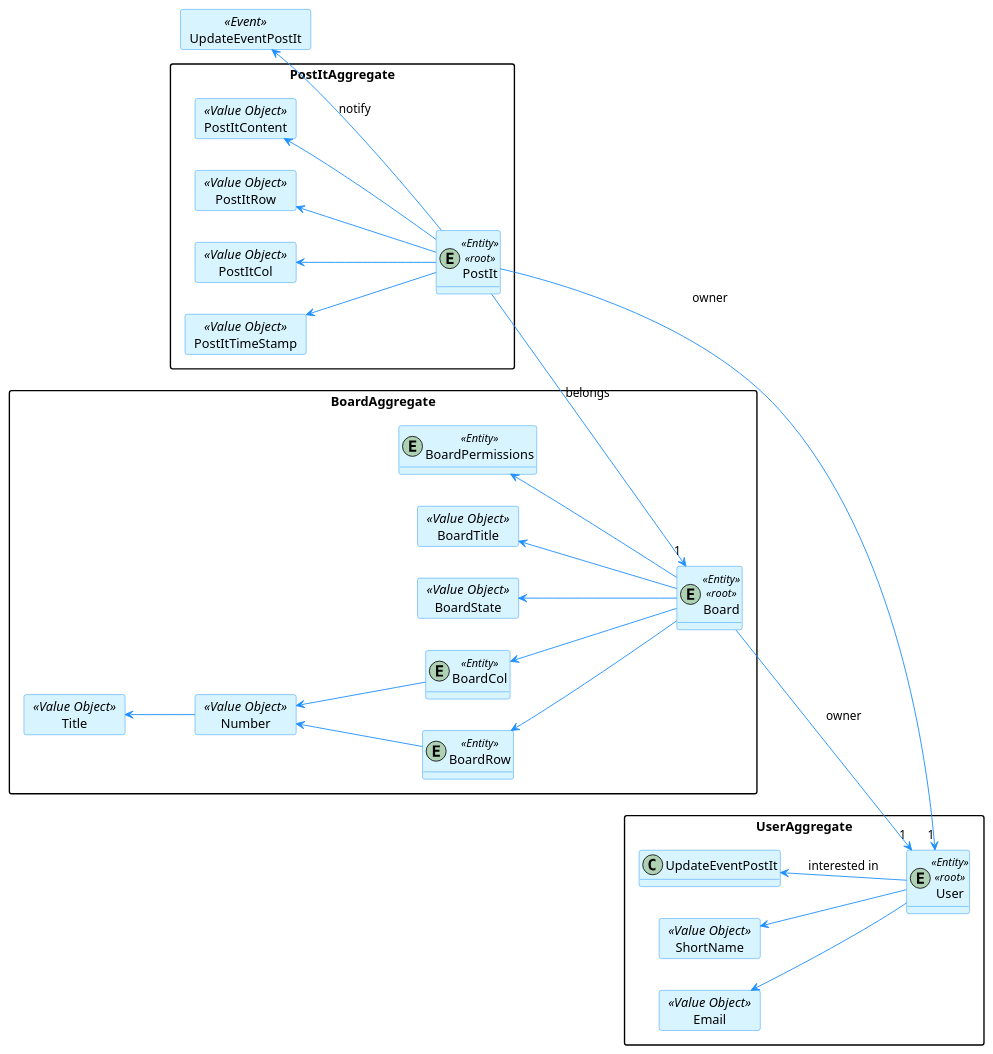
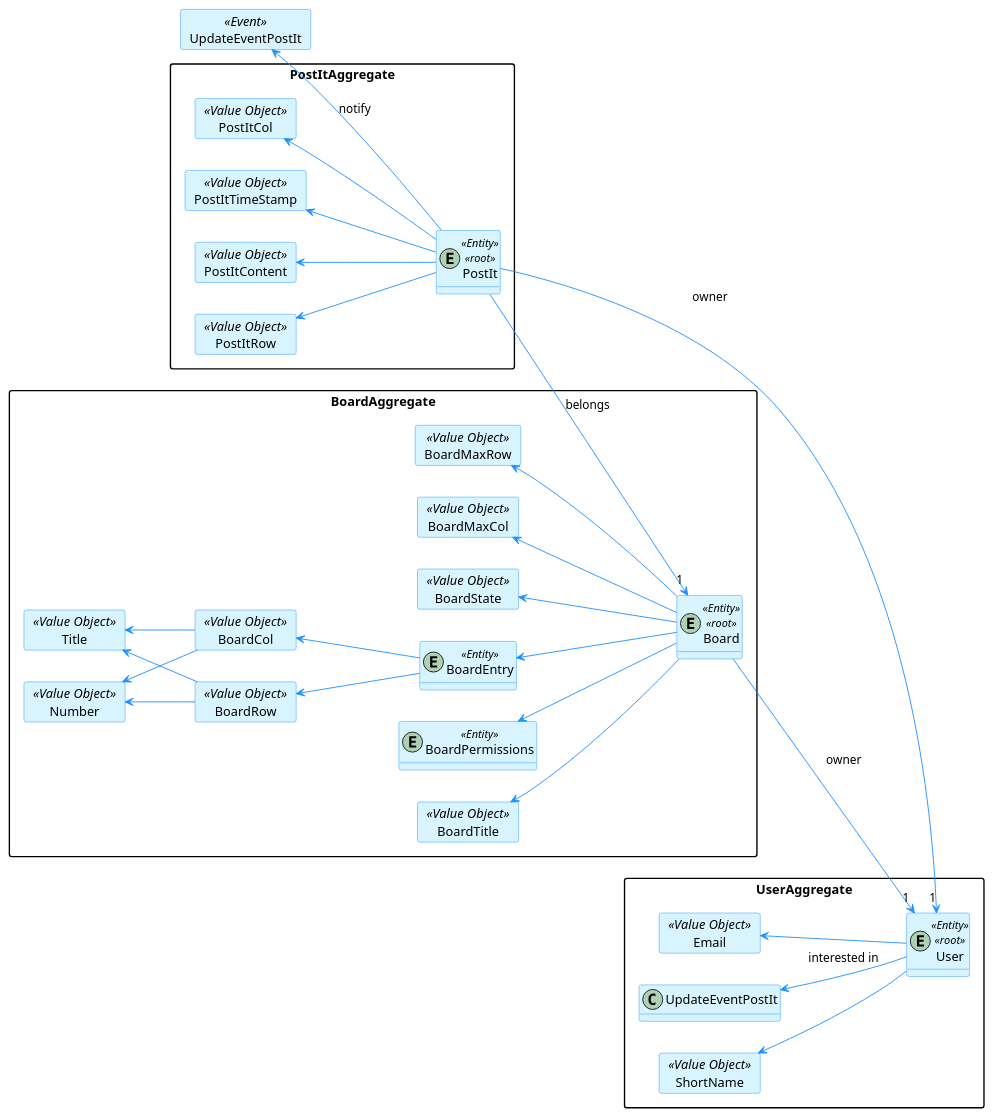
One commit to brunacosta03/sem4pi_22_23 changed the diagram in docs/1201205/DomainModel.puml. Above: the diagram before and after it, drawn with PlantUML. The commit also changed 19 other files, not shown here.

```diff
--- a/docs/1201205/DomainModel.puml
+++ b/docs/1201205/DomainModel.puml
@@ -1,117 +1,130 @@
 @startuml "Shared Boards"
 left to right direction
 
 hide methods
 
 skinparam classAttributeIconSize 0
 
 skinparam class {
     LifeLineBorderColor DodgerBlue
     LifeLineBackgroundColor APPLICATION
     BackgroundColor #D8F5FF
     ArrowColor DodgerBlue
     BorderColor DodgerBlue
 }
 
 skinparam packageStyle rectangle
 skinparam card {
     LifeLineBorderColor DodgerBlue
     LifeLineBackgroundColor APPLICATION
     BackgroundColor #D8F5FF
     ArrowColor DodgerBlue
     BorderColor DodgerBlue
 }
 
 ' PostIt
 package PostItAggregate{
     entity PostIt <<Entity>><<root>>
 
     card PostItContent <<Value Object>>{
     }
 
     card PostItRow <<Value Object>>{
     }
 
     card PostItCol <<Value Object>>{
     }
 
     card PostItTimeStamp <<Value Object>>{
     }
 
     PostItContent <-- PostIt
     PostItRow <-- PostIt
     PostItCol <-- PostIt
     PostItTimeStamp <-- PostIt
 }
 
 
 ' User
 package UserAggregate{
     entity User <<Entity>><<root>>
 
     card ShortName <<Value Object>>{
     }
 
     card Email <<Value Object>>{
     }
 
     ShortName <-- User
     Email <-- User
     UpdateEventPostIt <-- User :interested in
 }
 
 
 ' Board
 package BoardAggregate{
     entity Board <<Entity>><<root>>
     
     card BoardTitle <<Value Object>>{
     }
 
-    entity BoardRow <<Entity>>{
+    card BoardMaxRow <<Value Object>>{
     }
 
-    entity BoardCol <<Entity>>{
+    card BoardMaxCol <<Value Object>>{
     }
 
     card BoardState <<Value Object>>{
     }
 
     card Title <<Value Object>>{
     }
 
     card Number <<Value Object>>{
     }
 
     BoardTitle <-- Board
-    BoardRow <-- Board
-    BoardCol <-- Board
+    BoardMaxRow <-- Board
+    BoardMaxCol <-- Board
     BoardState <-- Board
+
+    entity BoardEntry <<Entity>>{
+    }
+
+    card BoardRow <<Value Object>>{
+    }
+
+    card BoardCol <<Value Object>>{
+    }
+
+    BoardEntry <-- Board
+    BoardRow <-- BoardEntry
+    BoardCol <-- BoardEntry
     Number <-- BoardRow
+    Title <-- BoardCol
     Number <-- BoardCol
-    Title <-- Number
-
+    Title <-- BoardRow
 
 
     entity BoardPermissions <<Entity>>
 
     BoardPermissions <-- Board
 }
 
 
 
 ' Relations
 PostIt --> "1" User :owner
 Board --> "1" User :owner
 PostIt --> "1" Board :belongs
 
 
 
 ' Events
 card UpdateEventPostIt <<Event>>{
 }
 
 UpdateEventPostIt <-- PostIt :notify
 
 
 @enduml
```
